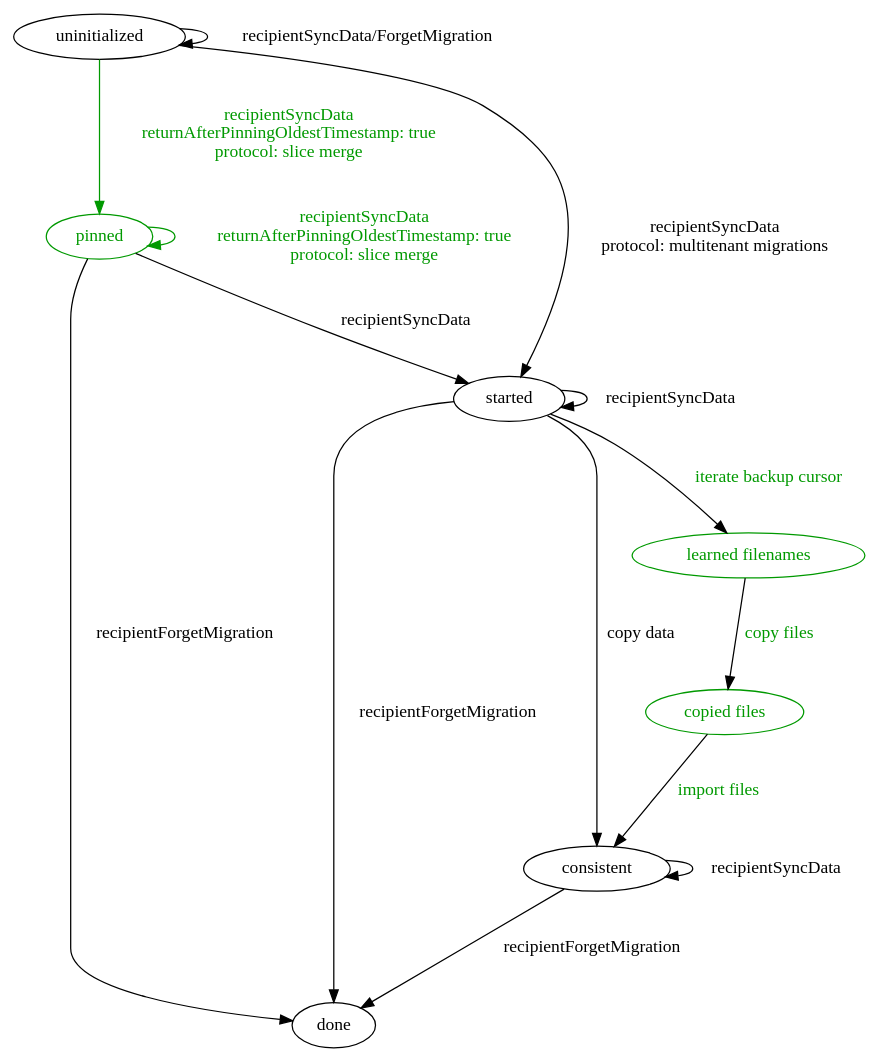
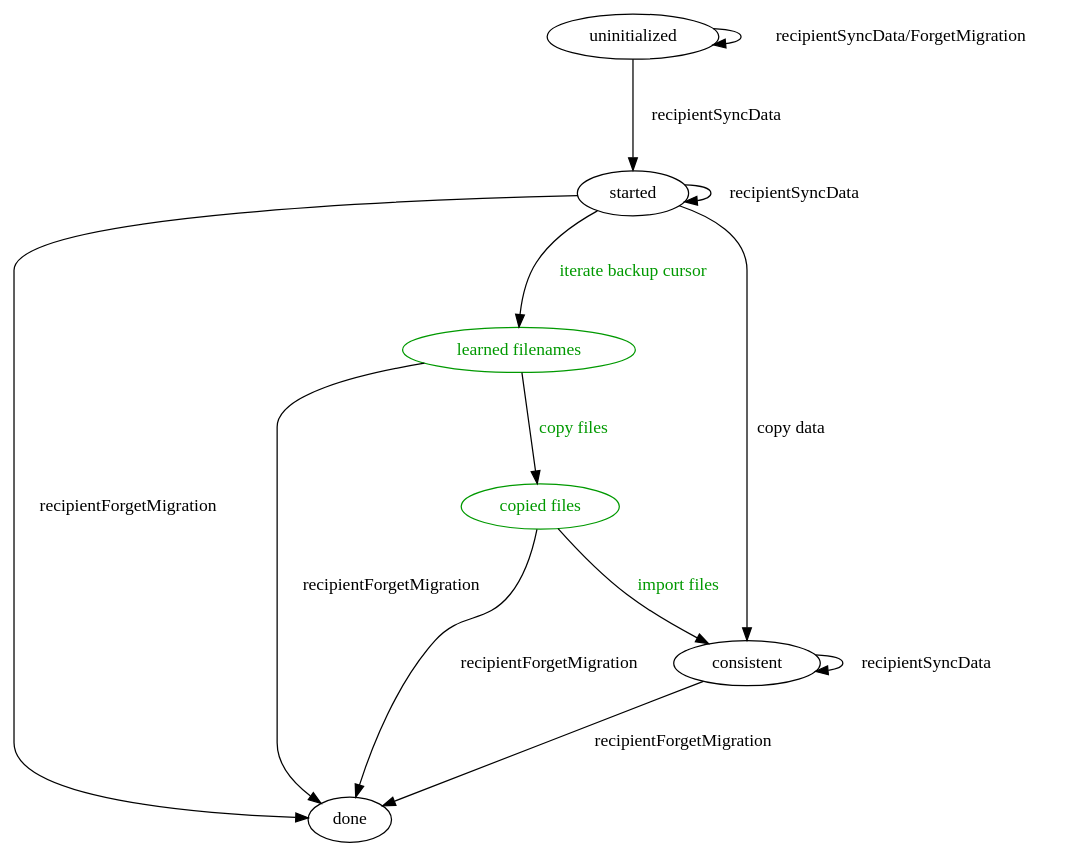
Before and after one commit to ajdavis/begin-implementing-merge: the diagram in merge-recipient.dot, drawn with Graphviz. The commit also changed 1 other file, not shown here.

Commit message:
remove oldest timestamp protocol

```diff
--- a/merge-recipient.dot
+++ b/merge-recipient.dot
@@ -1,24 +1,21 @@
 digraph G {
 	edge [minlen=2];
     b0 [label="uninitialized"];
-    b5 [label="pinned", fontcolor="#009900", color="#009900"];
     b1 [label="started"];
     b6 [label="learned filenames", fontcolor="#009900", color="#009900"];
     b7 [label="copied files", fontcolor="#009900", color="#009900"];
     b2 [label="consistent"];
     b4 [label="done"];
     b0 -> b0 [label="recipientSyncData/ForgetMigration"];
-    b0 -> b1 [label="recipientSyncData\nprotocol: multitenant migrations", weight=0];
-    b0 -> b5 [label="recipientSyncData\nreturnAfterPinningOldestTimestamp: true\nprotocol: slice merge"; color="#009900"; fontcolor="#009900"];
-    b5 -> b1 [label="recipientSyncData"];
-    b5 -> b4 [label="recipientForgetMigration"];
-    b5 -> b5 [label="recipientSyncData\nreturnAfterPinningOldestTimestamp: true\nprotocol: slice merge"; color="#009900"; fontcolor="#009900"];
-    b1 -> b2 [label="copy data"];
+    b0 -> b1 [label="recipientSyncData"];
+    b1 -> b2 [label="copy data", weight=2];
     b1 -> b6 [label="iterate backup cursor", fontcolor="#009900"];
     b6 -> b7 [label="copy files", fontcolor="#009900"];
+    b6 -> b4 [label="recipientForgetMigration"];
     b7 -> b2 [label="import files", fontcolor="#009900"];
+    b7 -> b4 [label="recipientForgetMigration"];
     b1 -> b1 [label="recipientSyncData"];
     b1 -> b4 [label="recipientForgetMigration"];
     b2 -> b2 [label="recipientSyncData"];
     b2 -> b4 [label="recipientForgetMigration"];
 }
```
